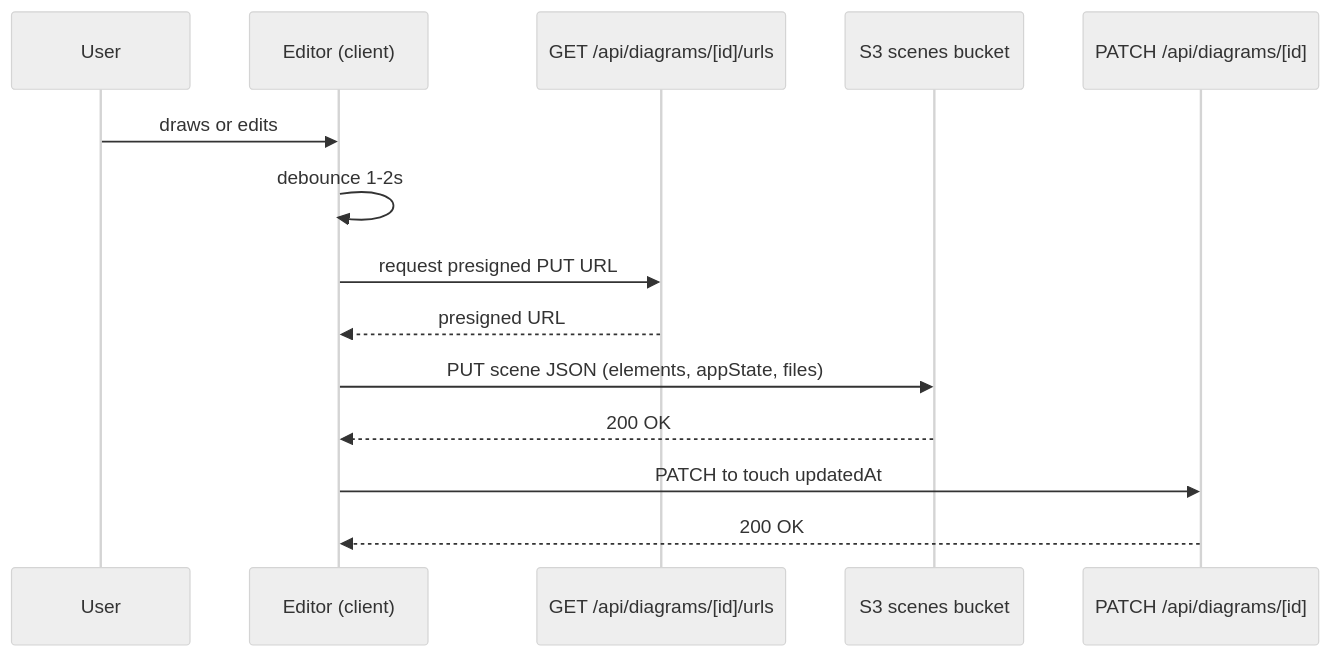
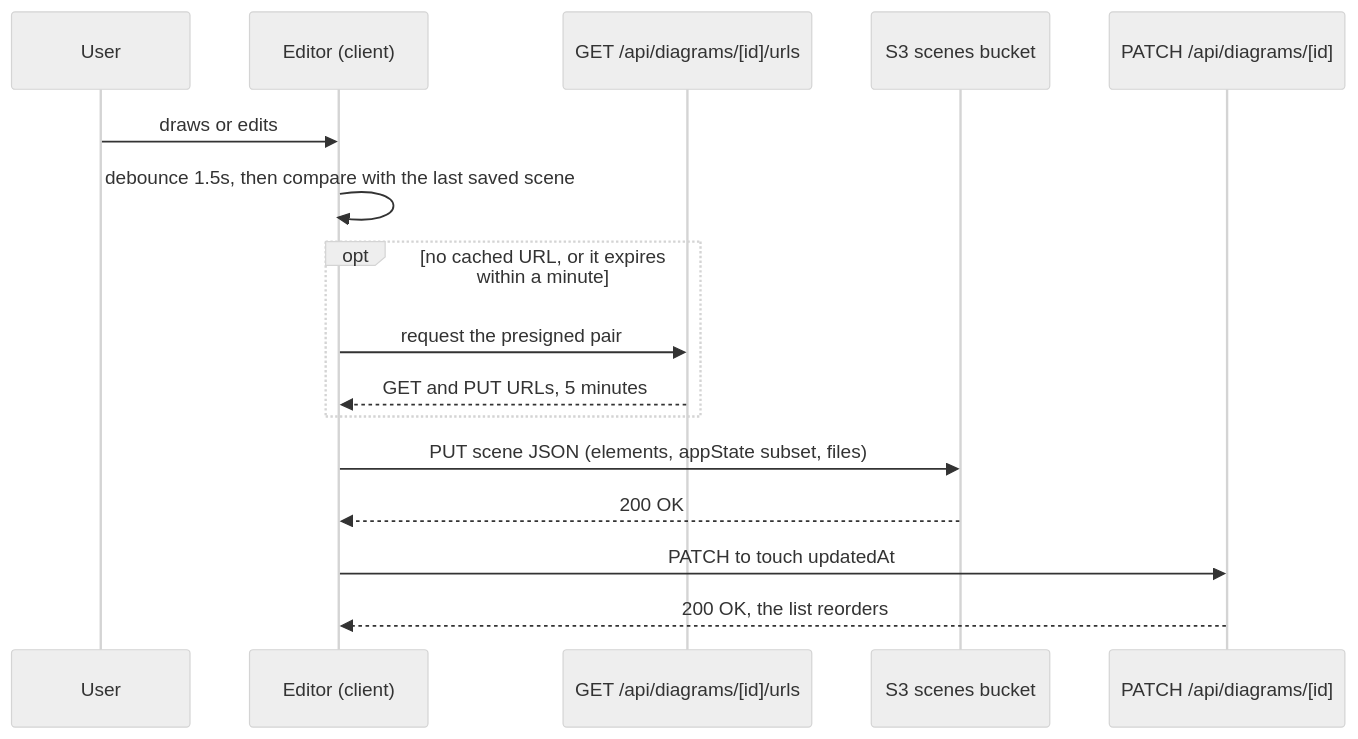
Before and after one commit to sebasfles/my-napkin: the third of 4 diagrams in docs/modules/app/flows.md, drawn with Mermaid (neutral theme). The commit also changed other lines of this file and 6 other files, not shown here.

````diff
--- a/docs/modules/app/flows.md
+++ b/docs/modules/app/flows.md
@@ -42,16 +43,18 @@
 ```mermaid
 sequenceDiagram
   participant U as User
   participant E as Editor (client)
   participant API as GET /api/diagrams/[id]/urls
   participant S3 as S3 scenes bucket
   participant P as PATCH /api/diagrams/[id]
   U->>E: draws or edits
-  E->>E: debounce 1-2s
-  E->>API: request presigned PUT URL
-  API-->>E: presigned URL
-  E->>S3: PUT scene JSON (elements, appState, files)
+  E->>E: debounce 1.5s, then compare with the last saved scene
+  opt no cached URL, or it expires within a minute
+    E->>API: request the presigned pair
+    API-->>E: GET and PUT URLs, 5 minutes
+  end
+  E->>S3: PUT scene JSON (elements, appState subset, files)
   S3-->>E: 200 OK
   E->>P: PATCH to touch updatedAt
-  P-->>E: 200 OK
+  P-->>E: 200 OK, the list reorders
 ```
````
